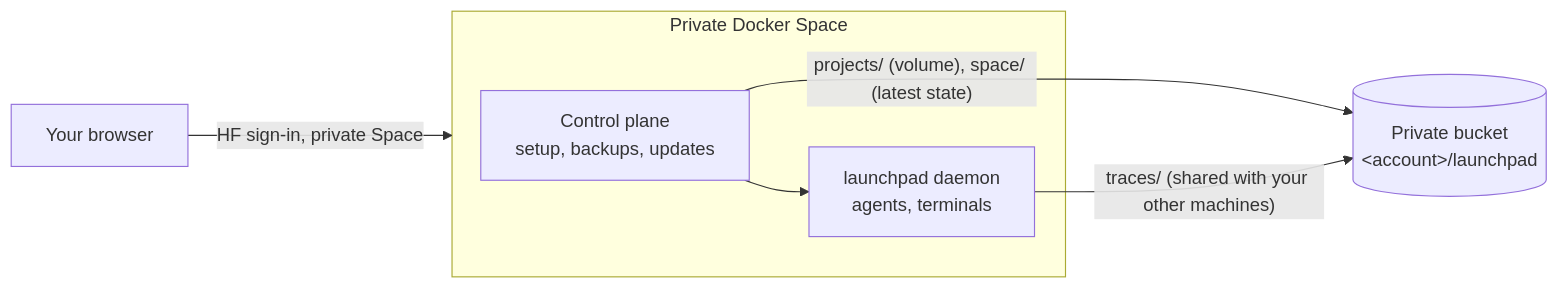
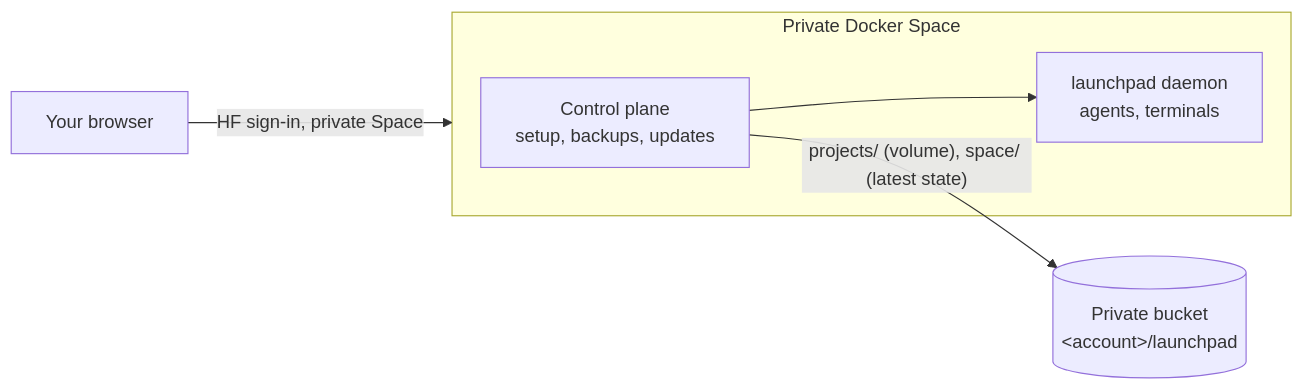
Before and after one commit to Wauplin/launchpad: the diagram in docs/hugging-face.md, drawn with Mermaid. The commit also changed other lines of this file and 53 other files, not shown here.

````diff
--- a/docs/hugging-face.md
+++ b/docs/hugging-face.md
@@ -39,9 +35,8 @@
 ```mermaid
 flowchart LR
     B[Your browser] -->|HF sign-in, private Space| S
     subgraph S[Private Docker Space]
         C["Control plane<br/>setup, backups, updates"] --> L["launchpad daemon<br/>agents, terminals"]
     end
     C -->|"projects/ (volume), space/ (latest state)"| K[("Private bucket<br/>&lt;account&gt;/launchpad")]
-    L -->|"traces/ (shared with your other machines)"| K
 ```
````
